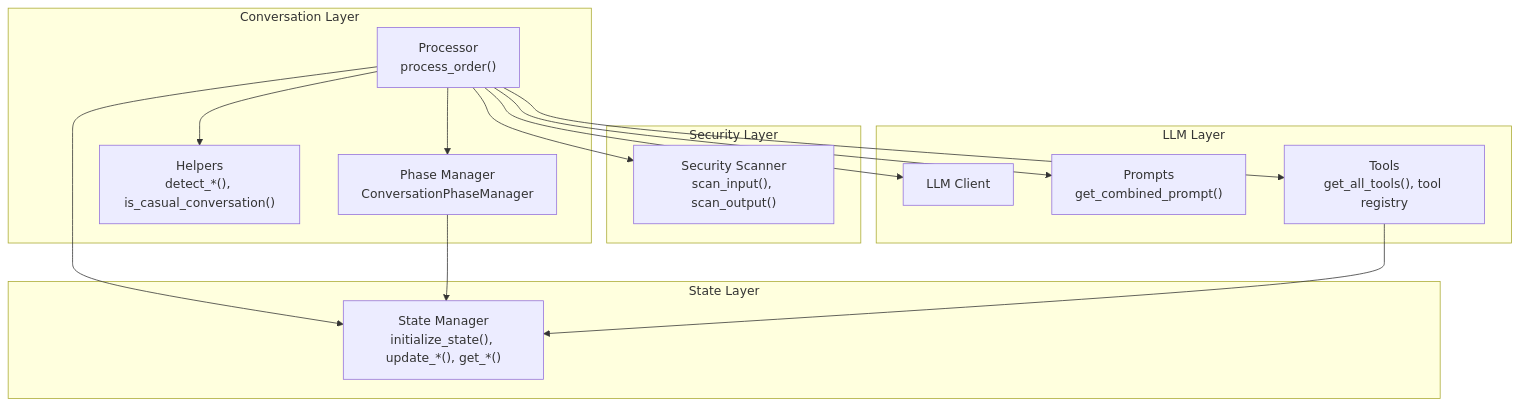
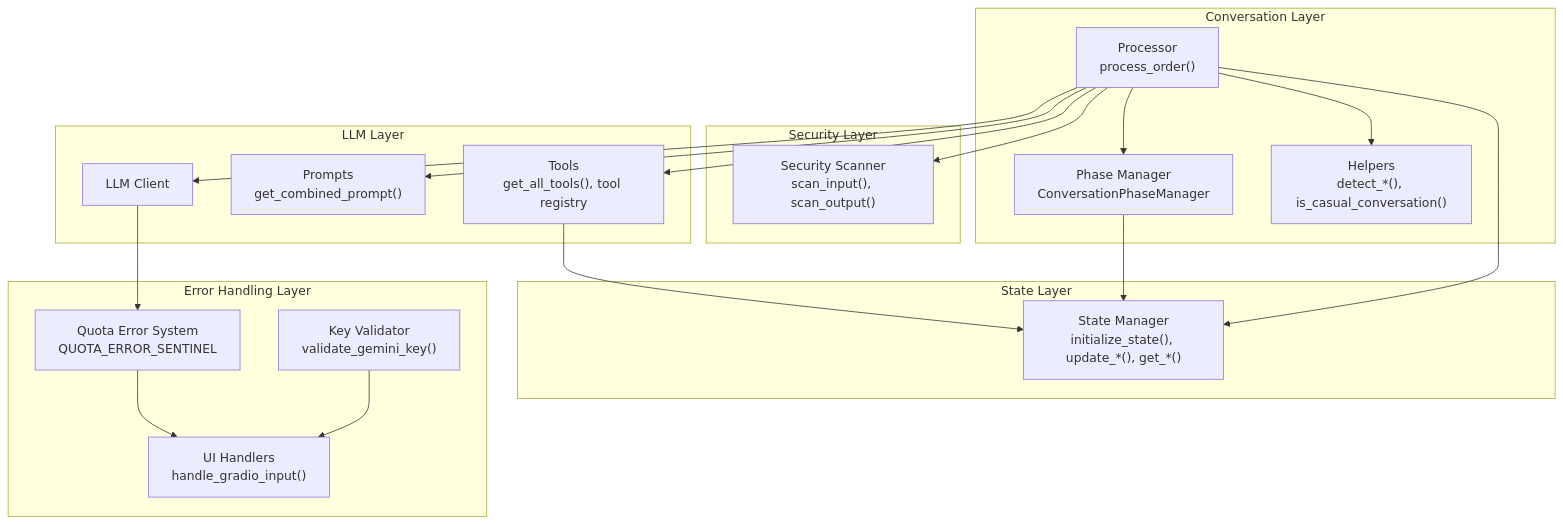
The first of 14 diagrams in .qoder/repowiki/en/content/Core Architecture/Conversation Processing Architecture.md (MOK-5-ha/MayaMCP), drawn with Mermaid before and after one commit. The commit also changed other lines of this file and 27 other files, not shown here.

````diff
--- a/.qoder/repowiki/en/content/Core Architecture/Conversation Processing Architecture.md
+++ b/.qoder/repowiki/en/content/Core Architecture/Conversation Processing Architecture.md
@@ -45,28 +61,36 @@
 ```mermaid
 graph TB
 subgraph "Conversation Layer"
 P["Processor<br/>process_order()"]
 PM["Phase Manager<br/>ConversationPhaseManager"]
 H["Helpers<br/>detect_*(), is_casual_conversation()"]
 end
 subgraph "Security Layer"
 S["Security Scanner<br/>scan_input(), scan_output()"]
 end
 subgraph "LLM Layer"
 LLM["LLM Client"]
 PR["Prompts<br/>get_combined_prompt()"]
 TL["Tools<br/>get_all_tools(), tool registry"]
 end
 subgraph "State Layer"
 SM["State Manager<br/>initialize_state(), update_*(), get_*()"]
 end
+subgraph "Error Handling Layer"
+QE["Quota Error System<br/>QUOTA_ERROR_SENTINEL"]
+KV["Key Validator<br/>validate_gemini_key()"]
+UIH["UI Handlers<br/>handle_gradio_input()"]
+end
 P --> S
 P --> PM
 P --> H
 P --> PR
 P --> TL
 P --> SM
 P --> LLM
 PM --> SM
 TL --> SM
+LLM --> QE
+KV --> UIH
+QE --> UIH
 ```
````
